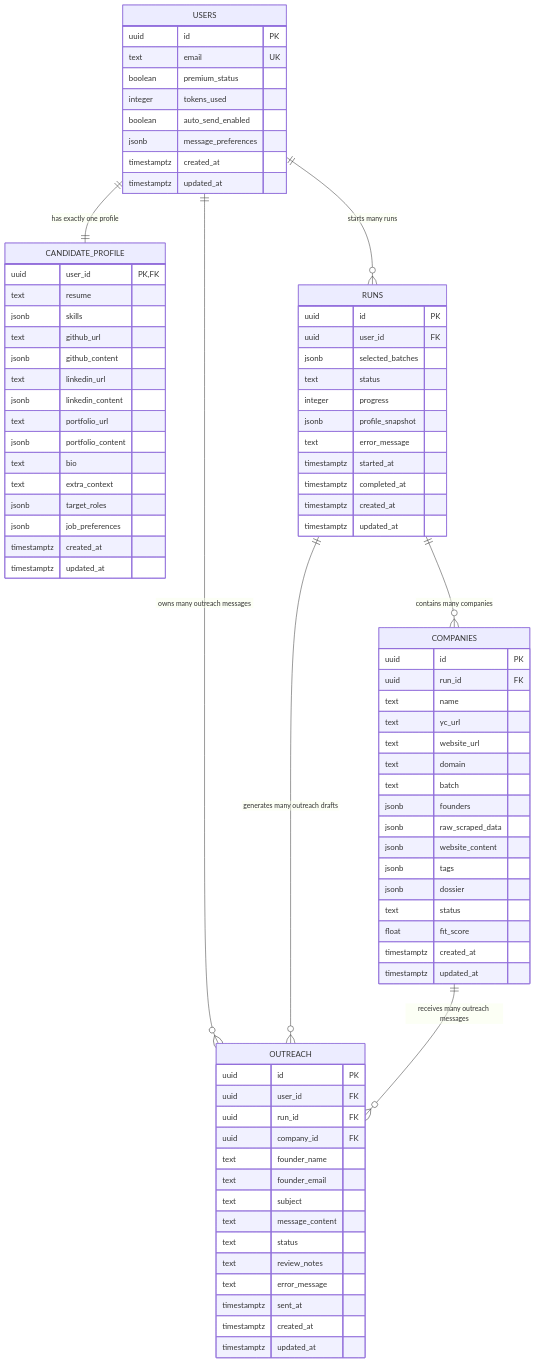
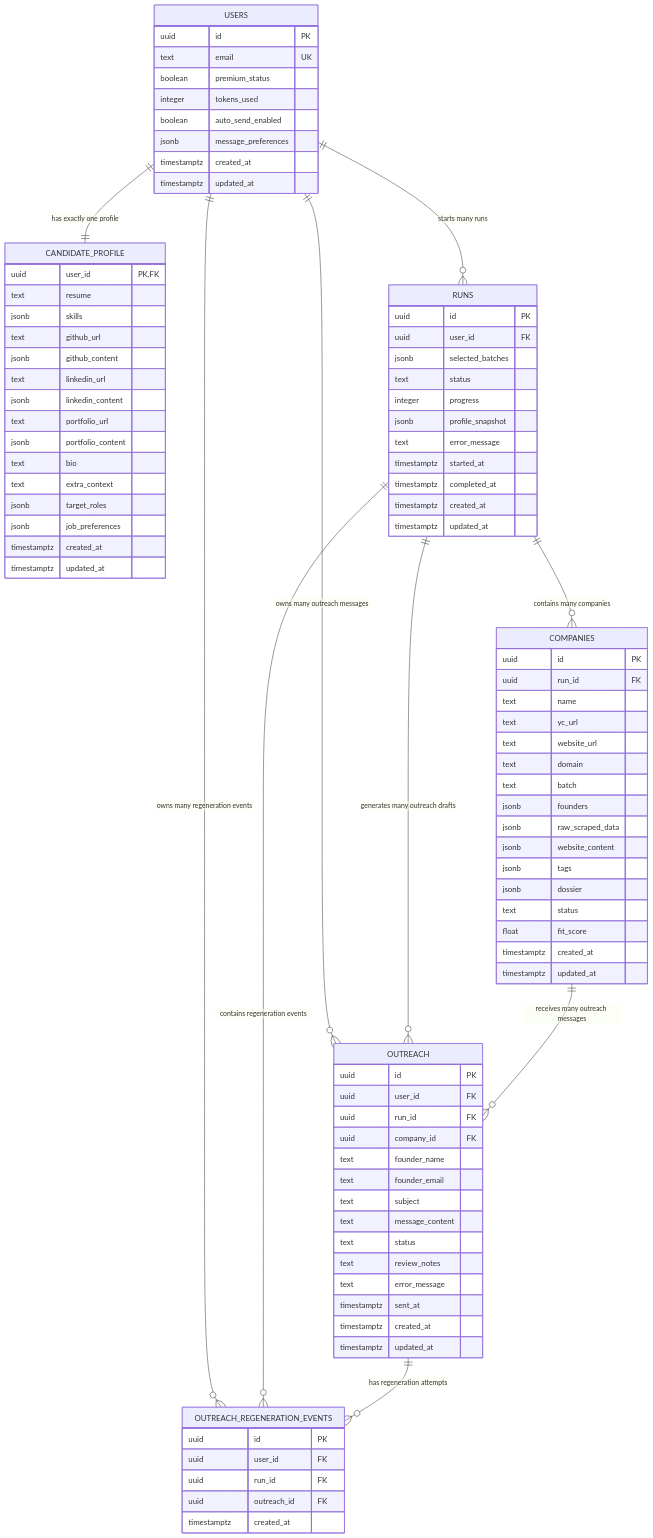
Before and after one commit to IzaanQaiser/scoutreach: the diagram in docs/db_schema.md, drawn with Mermaid. The commit also changed other lines of this file and 2 other files, not shown here.

Commit message:
docs: update phase 7 schema decisions and known gaps

````diff
--- a/docs/db_schema.md
+++ b/docs/db_schema.md
@@ -47,9 +51,12 @@
     USERS ||--|| CANDIDATE_PROFILE : "has exactly one profile"
     USERS ||--o{ RUNS : "starts many runs"
     USERS ||--o{ OUTREACH : "owns many outreach messages"
+    USERS ||--o{ OUTREACH_REGENERATION_EVENTS : "owns many regeneration events"
     RUNS ||--o{ COMPANIES : "contains many companies"
     RUNS ||--o{ OUTREACH : "generates many outreach drafts"
+    RUNS ||--o{ OUTREACH_REGENERATION_EVENTS : "contains regeneration events"
     COMPANIES ||--o{ OUTREACH : "receives many outreach messages"
+    OUTREACH ||--o{ OUTREACH_REGENERATION_EVENTS : "has regeneration attempts"
 
     USERS {
         uuid id PK
@@ -129,4 +136,12 @@
         timestamptz created_at
         timestamptz updated_at
     }
+
+    OUTREACH_REGENERATION_EVENTS {
+        uuid id PK
+        uuid user_id FK
+        uuid run_id FK
+        uuid outreach_id FK
+        timestamptz created_at
+    }
 ```
````
